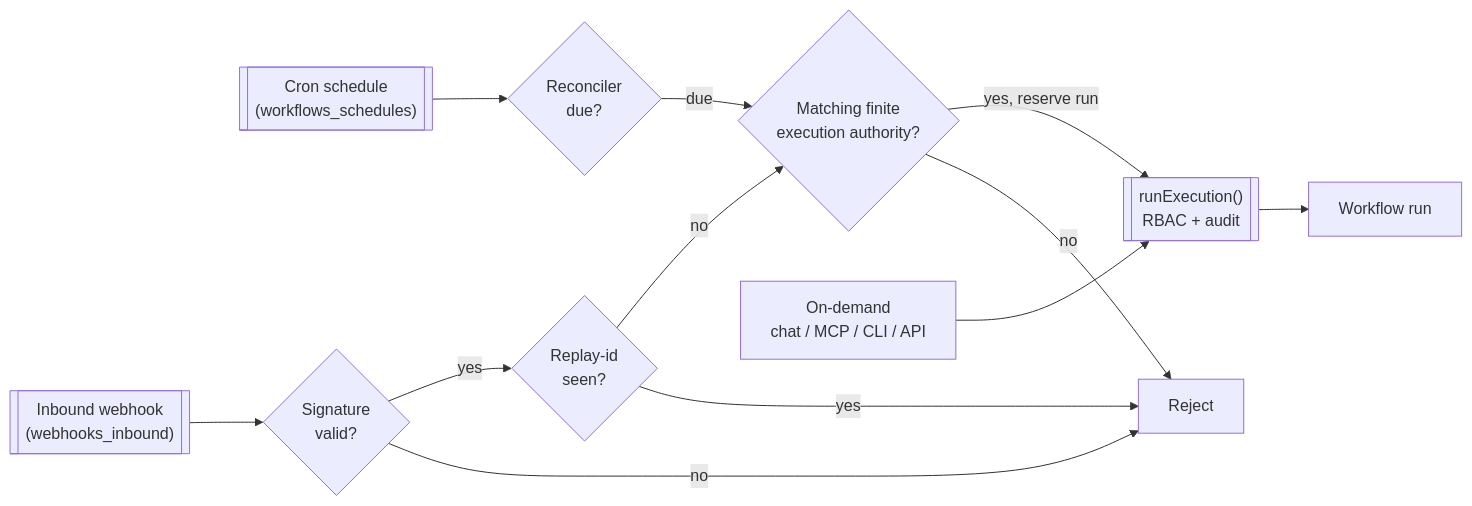
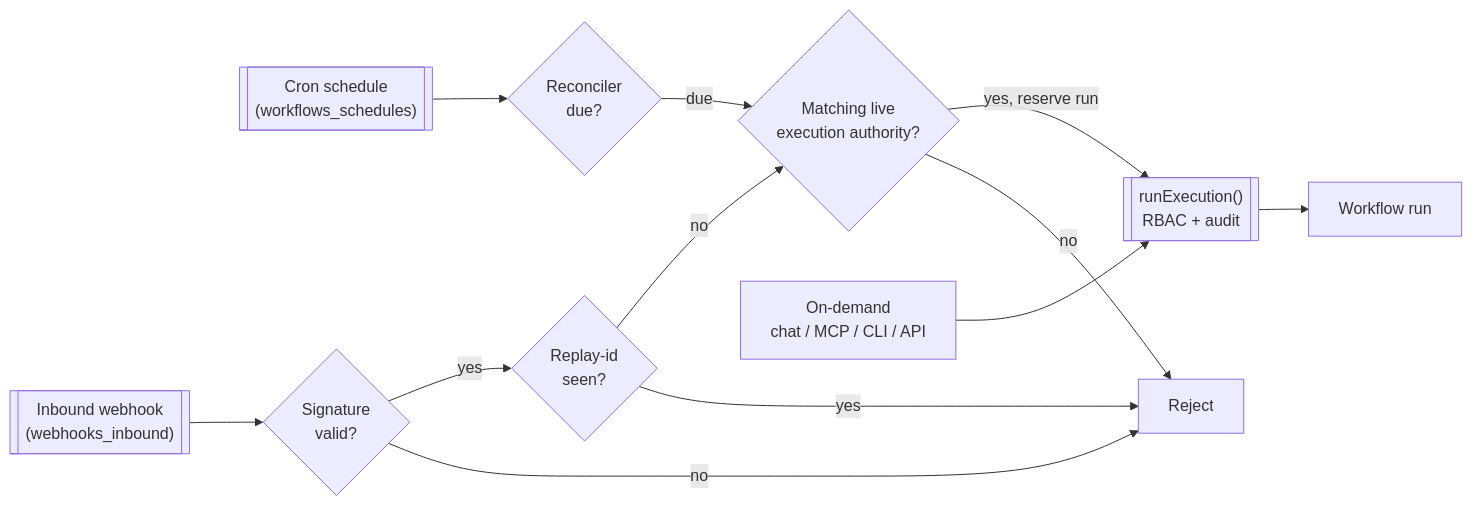
One commit to MikeBild/subkit changed the first of 3 diagrams in docs/operators/scheduling-and-hooks.md. Above: the diagram before and after it, drawn with Mermaid. The commit also changed other lines of this file and 9 other files, not shown here.

````diff
--- a/docs/operators/scheduling-and-hooks.md
+++ b/docs/operators/scheduling-and-hooks.md
@@ -23,14 +23,14 @@
 ```mermaid
 flowchart LR
     cron[["Cron schedule<br/>(workflows_schedules)"]] --> rec{Reconciler<br/>due?}
-    rec -->|due| authority{Matching finite<br/>execution authority?}
+    rec -->|due| authority{Matching live<br/>execution authority?}
     hook[["Inbound webhook<br/>(webhooks_inbound)"]] --> verify{Signature<br/>valid?}
     verify -->|no| drop[Reject]
     verify -->|yes| dedup{Replay-id<br/>seen?}
     dedup -->|yes| drop
     dedup -->|no| authority
     authority -->|no| drop
     authority -->|yes, reserve run| core
     req[On-demand<br/>chat / MCP / CLI / API] --> core[["runExecution()<br/>RBAC + audit"]]
     core --> wf[Workflow run]
 ```
````
